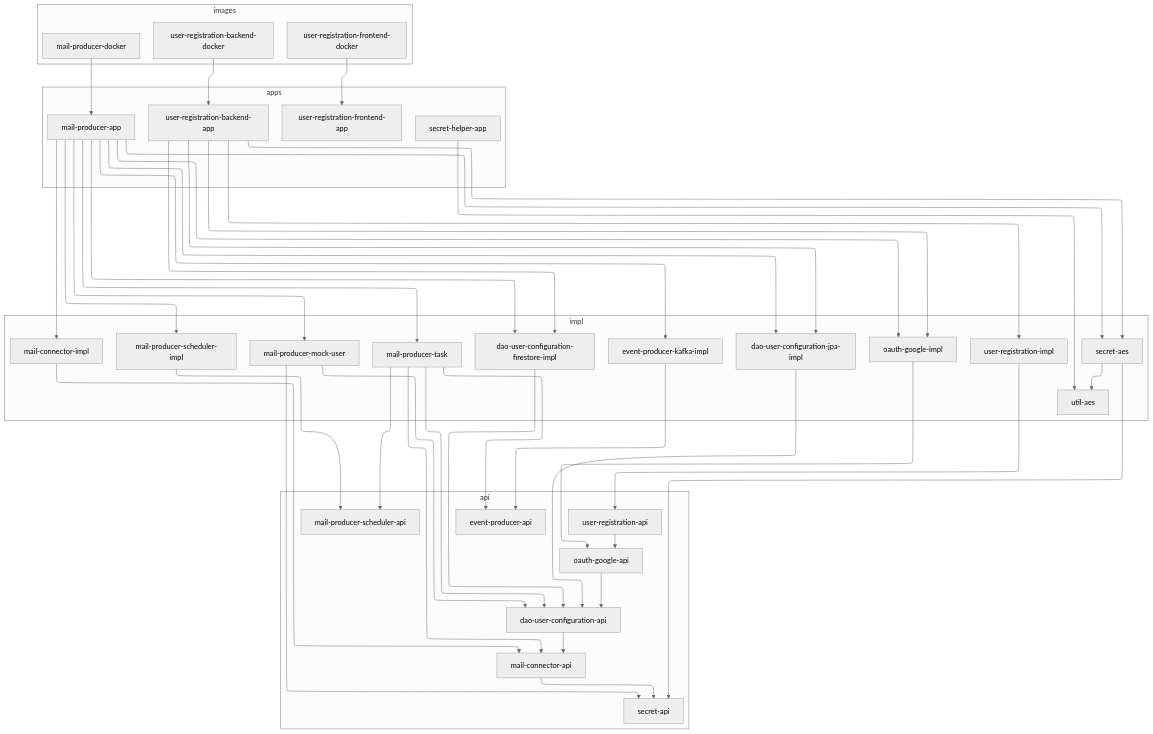
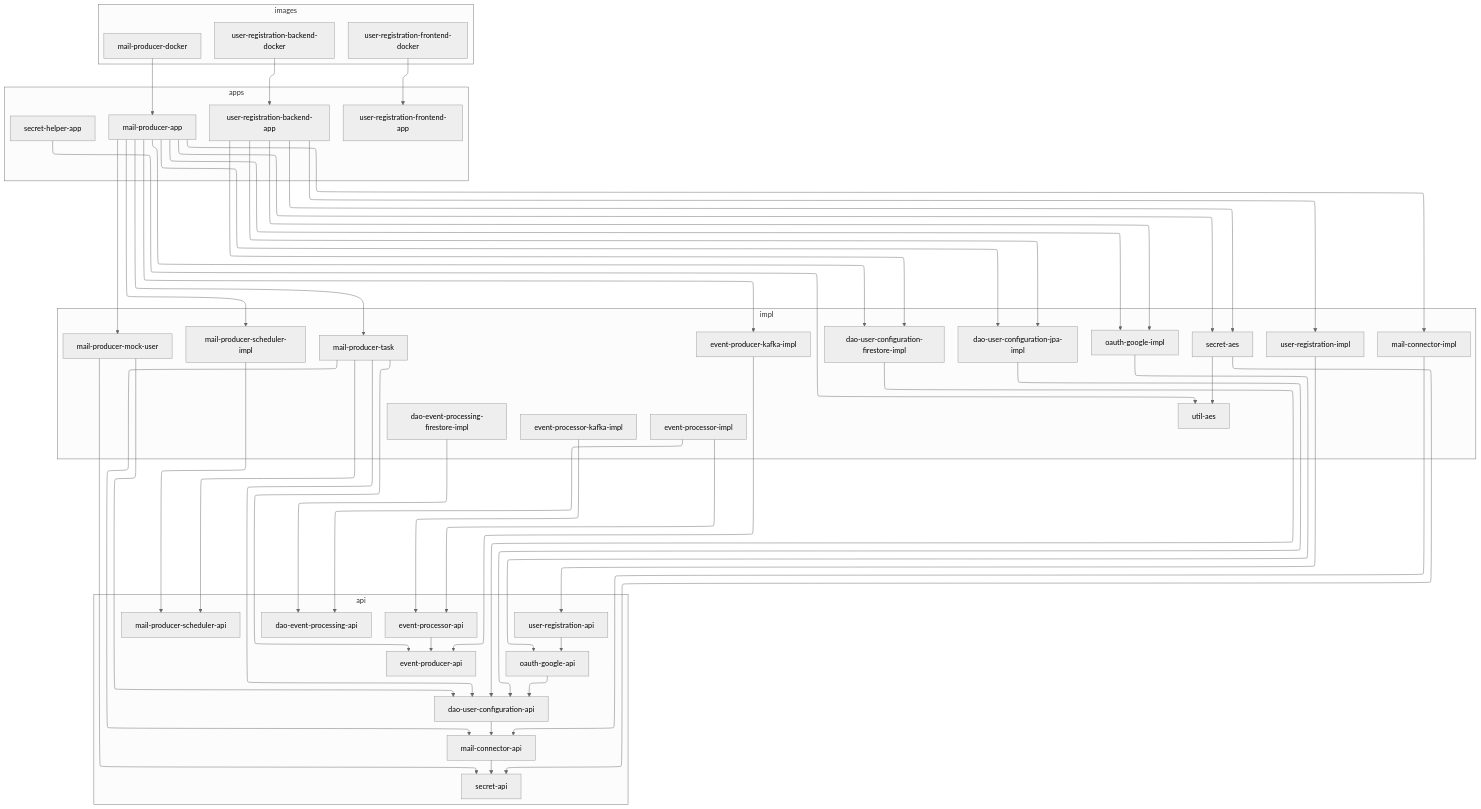
One commit to Guslarz/invoice-watcher changed the diagram in docs/reference/modules.md. Above: the diagram before and after it, drawn with Mermaid (neutral theme). The commit also changed other lines of this file and 128 other files, not shown here.

```diff
--- a/docs/reference/modules.md
+++ b/docs/reference/modules.md
@@ -56,8 +61,11 @@
     apps_user_registration_frontend_app["user-registration-frontend-app"]
   end
   subgraph impl
+    libs_dao_event_processing_firestore_impl["dao-event-processing-firestore-impl"]
     libs_dao_user_configuration_firestore_impl["dao-user-configuration-firestore-impl"]
     libs_dao_user_configuration_jpa_impl["dao-user-configuration-jpa-impl"]
+    libs_event_processor_impl["event-processor-impl"]
+    libs_event_processor_kafka_impl["event-processor-kafka-impl"]
     libs_event_producer_kafka_impl["event-producer-kafka-impl"]
     libs_mail_connector_impl["mail-connector-impl"]
     libs_mail_producer_mock_user["mail-producer-mock-user"]
@@ -69,7 +77,9 @@
     libs_util_aes["util-aes"]
   end
   subgraph api
+    libs_dao_event_processing_api["dao-event-processing-api"]
     libs_dao_user_configuration_api["dao-user-configuration-api"]
+    libs_event_processor_api["event-processor-api"]
     libs_event_producer_api["event-producer-api"]
     libs_mail_connector_api["mail-connector-api"]
     libs_mail_producer_scheduler_api["mail-producer-scheduler-api"]
@@ -95,9 +105,14 @@
   images_mail_producer_docker --> apps_mail_producer_app
   images_user_registration_backend_docker --> apps_user_registration_backend_app
   images_user_registration_frontend_docker --> apps_user_registration_frontend_app
+  libs_dao_event_processing_firestore_impl --> libs_dao_event_processing_api
   libs_dao_user_configuration_api --> libs_mail_connector_api
   libs_dao_user_configuration_firestore_impl --> libs_dao_user_configuration_api
   libs_dao_user_configuration_jpa_impl --> libs_dao_user_configuration_api
+  libs_event_processor_api --> libs_event_producer_api
+  libs_event_processor_impl --> libs_dao_event_processing_api
+  libs_event_processor_impl --> libs_event_processor_api
+  libs_event_processor_kafka_impl --> libs_event_processor_api
   libs_event_producer_kafka_impl --> libs_event_producer_api
   libs_mail_connector_api --> libs_secret_api
   libs_mail_connector_impl --> libs_mail_connector_api
```
